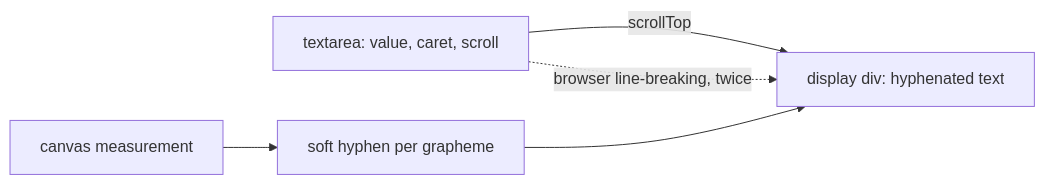
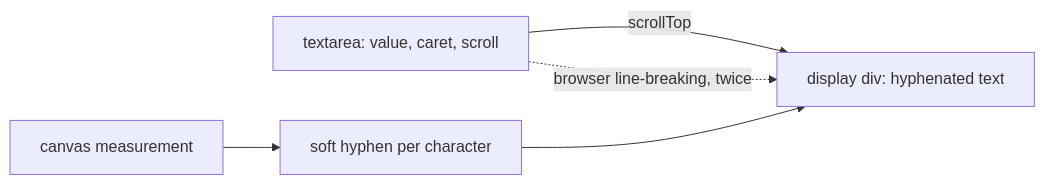
One commit to lago-morph/agent-method changed the third of 3 diagrams in ai/implementation-comparison-3-4.md. Above: the diagram before and after it, drawn with Mermaid. The commit also changed other lines of this file and 13 other files, not shown here.

First line of the commit message:
Implementation 4 restored to the run's output; the review's grapheme fix logged as a defect

````diff
--- a/ai/implementation-comparison-3-4.md
+++ b/ai/implementation-comparison-3-4.md
@@ -84,7 +81,7 @@
 ```mermaid
 flowchart LR
   A[textarea: value, caret, scroll] -->|scrollTop| B[display div: hyphenated text]
-  C[canvas measurement] --> D[soft hyphen per grapheme]
+  C[canvas measurement] --> D[soft hyphen per character]
   D --> B
   A -.->|browser line-breaking, twice| B
 ```
````
